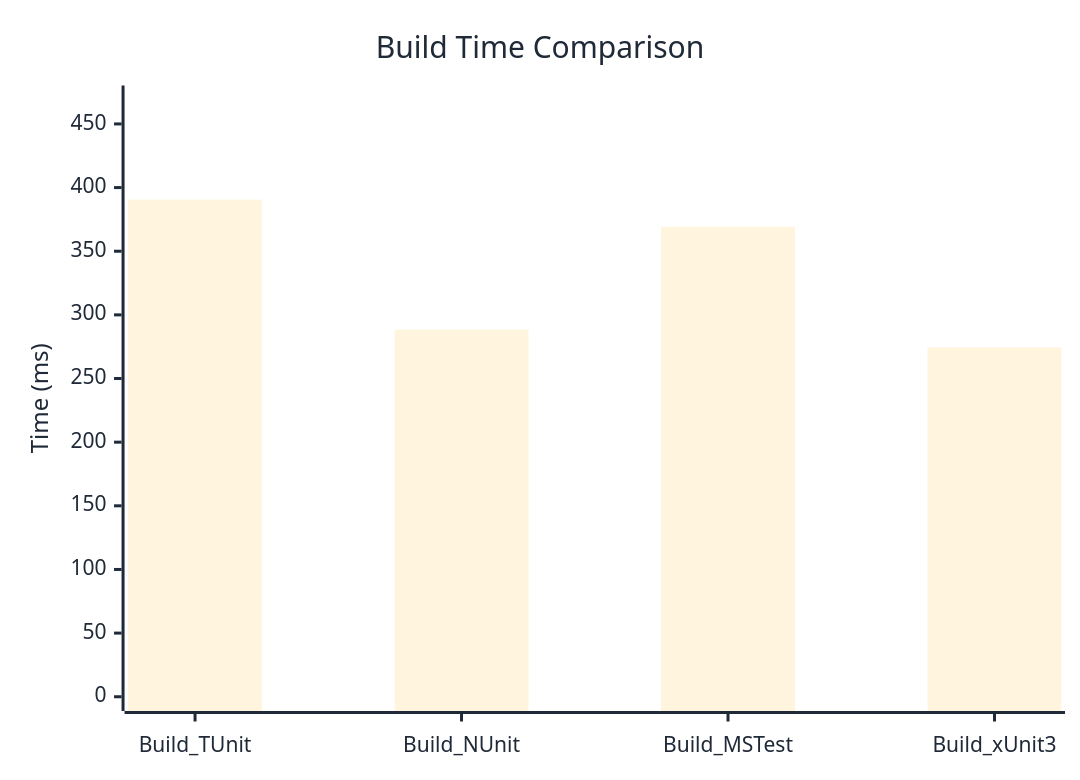
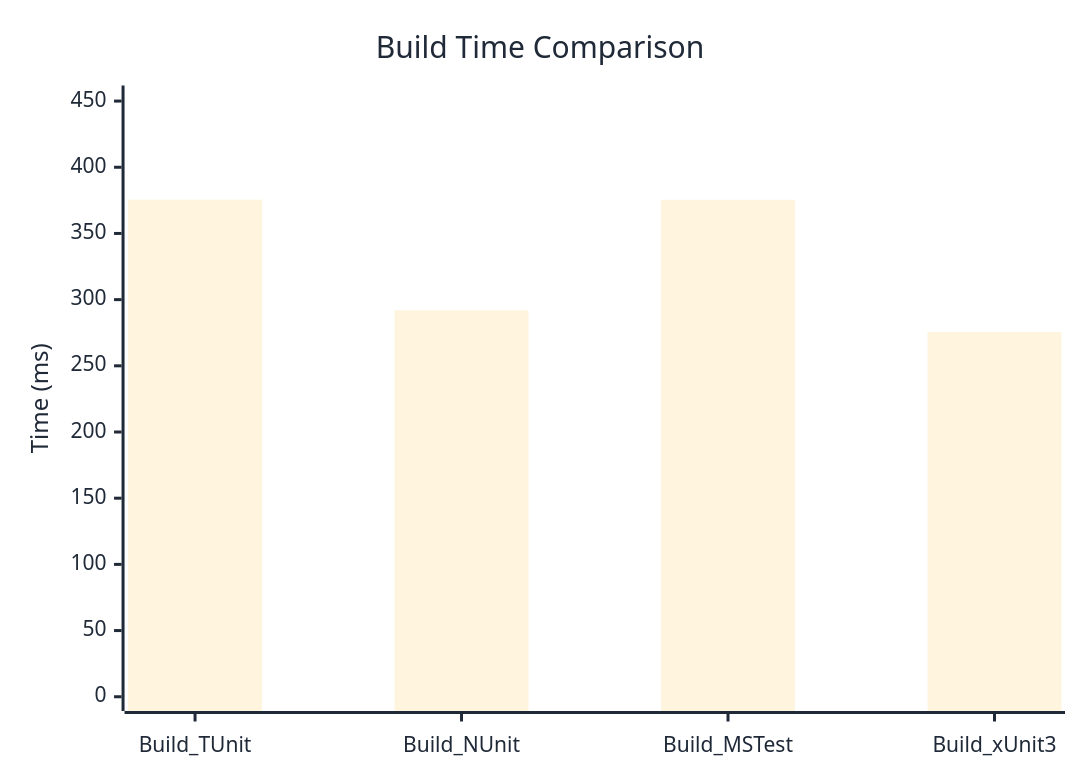
Before and after one commit to thomhurst/TUnit: the diagram in docs/docs/benchmarks/engine/BuildTime.md, drawn with Mermaid. The commit also changed other lines of this file and 18 other files, not shown here.

````diff
--- a/docs/docs/benchmarks/engine/BuildTime.md
+++ b/docs/docs/benchmarks/engine/BuildTime.md
@@ -30,37 +30,37 @@
 ```mermaid
 %%{init: {
   'theme':'base',
   'themeVariables': {
     'primaryColor': '#2563eb',
     'primaryTextColor': '#1f2937',
     'primaryBorderColor': '#1e40af',
     'lineColor': '#6b7280',
     'secondaryColor': '#7c3aed',
     'tertiaryColor': '#dc2626',
     'background': '#ffffff',
     'mainBkg': '#2563eb',
     'secondBkg': '#7c3aed',
     'tertiaryBkg': '#dc2626',
     'clusterBkg': '#f3f4f6',
     'edgeLabelBackground': '#ffffff',
     'tertiaryTextColor': '#1f2937',
     'pie1': '#2563eb',
     'pie2': '#7c3aed',
     'pie3': '#dc2626',
     'pie4': '#f59e0b',
     'pie5': '#10b981',
     'pie6': '#06b6d4',
     'pie7': '#ec4899',
     'pie8': '#6366f1',
     'pie9': '#84cc16',
     'pie10': '#f97316',
     'pie11': '#14b8a6',
     'pie12': '#a855f7'
   }
 }}%%
 xychart-beta
   title "Build Time Comparison"
   x-axis ["Build_TUnit", "Build_NUnit", "Build_MSTest", "Build_xUnit3"]
-  y-axis "Time (ms)" 0 --> 469
-  bar [390.5, 288.4, 369.2, 274.4]
+  y-axis "Time (ms)" 0 --> 451
+  bar [375.5, 291.9, 375.4, 275.5]
 ```
````
